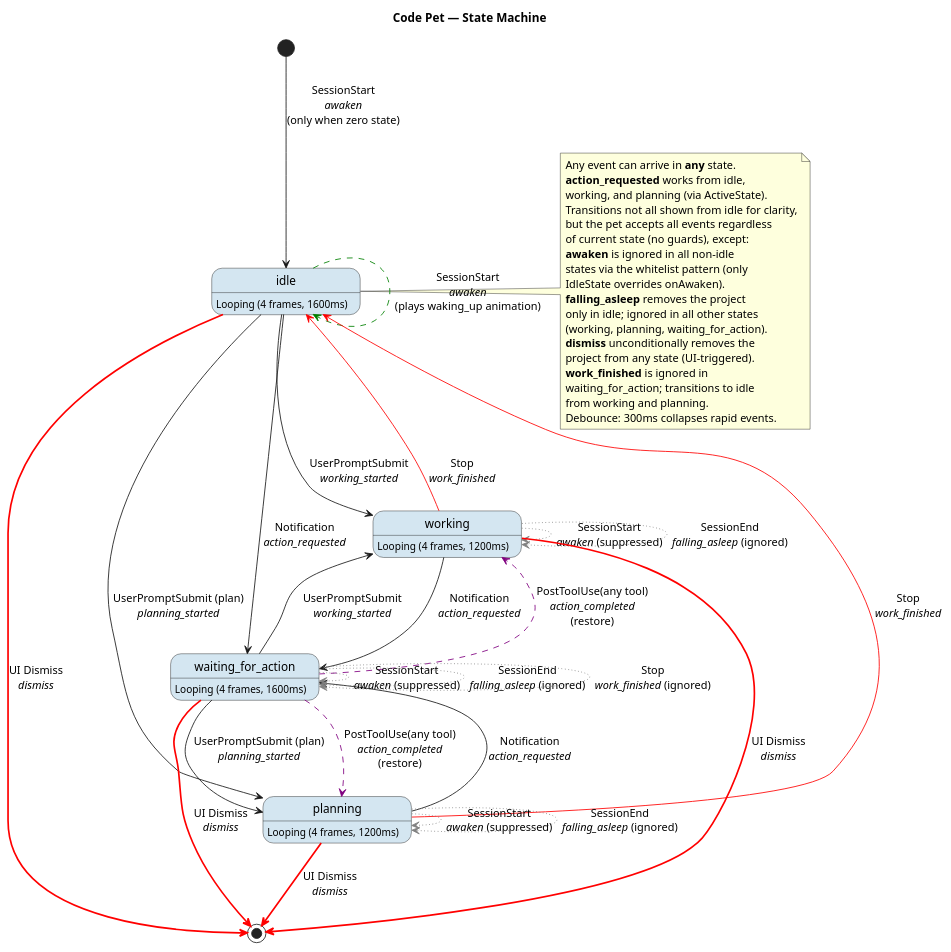
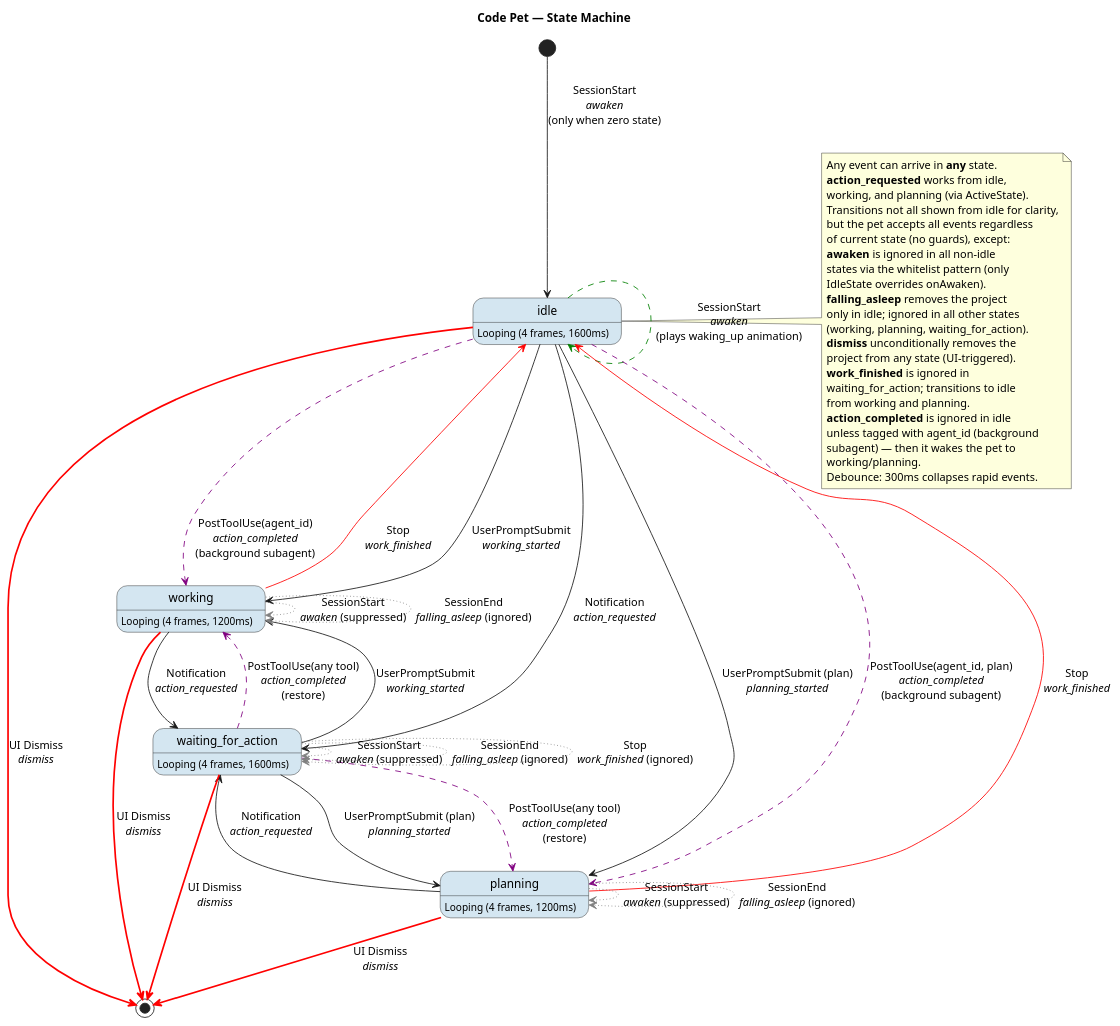
The first of 2 diagrams in docs/state-diagram.puml (mradovic95/code-pet), drawn with PlantUML before and after one commit. The commit also changed 13 other files, not shown here.

First line of the commit message:
fix(state-machine): keep pet working while background subagents run

```diff
--- a/docs/state-diagram.puml
+++ b/docs/state-diagram.puml
@@ -1,79 +1,87 @@
 @startuml code-pet-states
 skinparam state {
   BackgroundColor<<looping>> #D4E6F1
 }
 
 title Code Pet — State Machine
 
 [*] --> idle : SessionStart\n//awaken//\n(only when zero state)
 
 state "idle" as idle <<looping>> : Looping (4 frames, 1600ms)
 state "working" as working <<looping>> : Looping (4 frames, 1200ms)
 state "planning" as planning <<looping>> : Looping (4 frames, 1200ms)
 state "waiting_for_action" as waiting_for_action <<looping>> : Looping (4 frames, 1600ms)
 
 ' ── Awaken: stays in idle, plays renderer-only waking_up animation ──
 idle -[#green,dashed]-> idle : SessionStart\n//awaken//\n(plays waking_up animation)
 
 ' ── Hook-driven transitions (any state → target) ──
 idle --> working : UserPromptSubmit\n//working_started//
 idle --> waiting_for_action : Notification\n//action_requested//
 idle --> planning : UserPromptSubmit (plan)\n//planning_started//
 
 ' ── Permission prompt during active work ──
 working --> waiting_for_action : Notification\n//action_requested//
 planning --> waiting_for_action : Notification\n//action_requested//
 
 ' ── Stop returns to idle from active states ──
 working -[#red]-> idle : Stop\n//work_finished//
 planning -[#red]-> idle : Stop\n//work_finished//
 
 ' ── Awaken suppressed during ALL non-zero states ──
 working -[#grey,dotted]-> working : SessionStart\n//awaken// (suppressed)
 planning -[#grey,dotted]-> planning : SessionStart\n//awaken// (suppressed)
 waiting_for_action -[#grey,dotted]-> waiting_for_action : SessionStart\n//awaken// (suppressed)
 
 ' ── falling_asleep ignored in all non-idle states ──
 working -[#grey,dotted]-> working : SessionEnd\n//falling_asleep// (ignored)
 planning -[#grey,dotted]-> planning : SessionEnd\n//falling_asleep// (ignored)
 waiting_for_action -[#grey,dotted]-> waiting_for_action : SessionEnd\n//falling_asleep// (ignored)
 
 ' ── dismiss unconditionally removes project from any state ──
 idle -[#red,bold]-> [*] : UI Dismiss\n//dismiss//
 working -[#red,bold]-> [*] : UI Dismiss\n//dismiss//
 planning -[#red,bold]-> [*] : UI Dismiss\n//dismiss//
 waiting_for_action -[#red,bold]-> [*] : UI Dismiss\n//dismiss//
 
 ' ── action_completed restores previous active state ──
 waiting_for_action -[#purple,dashed]-> working : PostToolUse(any tool)\n//action_completed//\n(restore)
 waiting_for_action -[#purple,dashed]-> planning : PostToolUse(any tool)\n//action_completed//\n(restore)
 
+' ── action_completed from a background subagent wakes the idle pet ──
+idle -[#purple,dashed]-> working : PostToolUse(agent_id)\n//action_completed//\n(background subagent)
+idle -[#purple,dashed]-> planning : PostToolUse(agent_id, plan)\n//action_completed//\n(background subagent)
+
 ' ── Stop ignored in waiting_for_action ──
 waiting_for_action -[#grey,dotted]-> waiting_for_action : Stop\n//work_finished// (ignored)
 
 ' ── waiting_for_action exits via UserPromptSubmit ──
 waiting_for_action --> working : UserPromptSubmit\n//working_started//
 waiting_for_action --> planning : UserPromptSubmit (plan)\n//planning_started//
 
 note right of idle
   Any event can arrive in **any** state.
   **action_requested** works from idle,
   working, and planning (via ActiveState).
   Transitions not all shown from idle for clarity,
   but the pet accepts all events regardless
   of current state (no guards), except:
   **awaken** is ignored in all non-idle
   states via the whitelist pattern (only
   IdleState overrides onAwaken).
   **falling_asleep** removes the project
   only in idle; ignored in all other states
   (working, planning, waiting_for_action).
   **dismiss** unconditionally removes the
   project from any state (UI-triggered).
   **work_finished** is ignored in
   waiting_for_action; transitions to idle
   from working and planning.
+  **action_completed** is ignored in idle
+  unless tagged with agent_id (background
+  subagent) — then it wakes the pet to
+  working/planning.
   Debounce: 300ms collapses rapid events.
 end note
 
 @enduml
```
